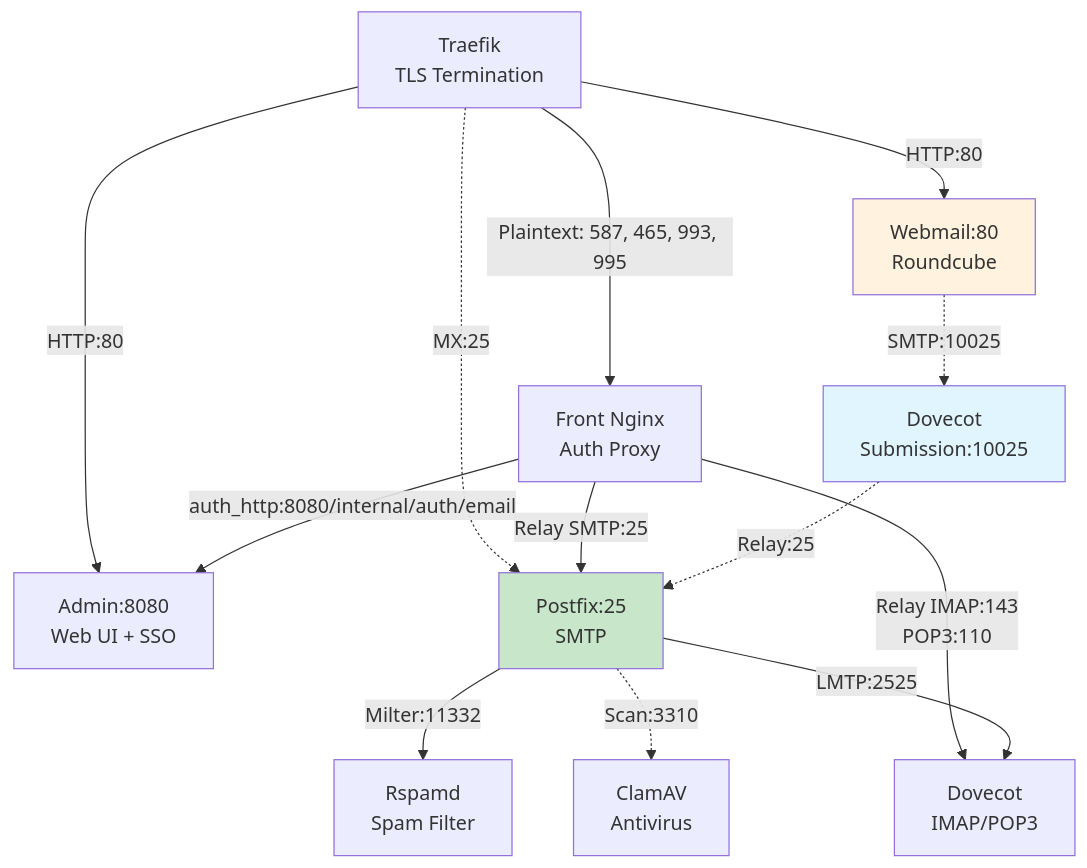
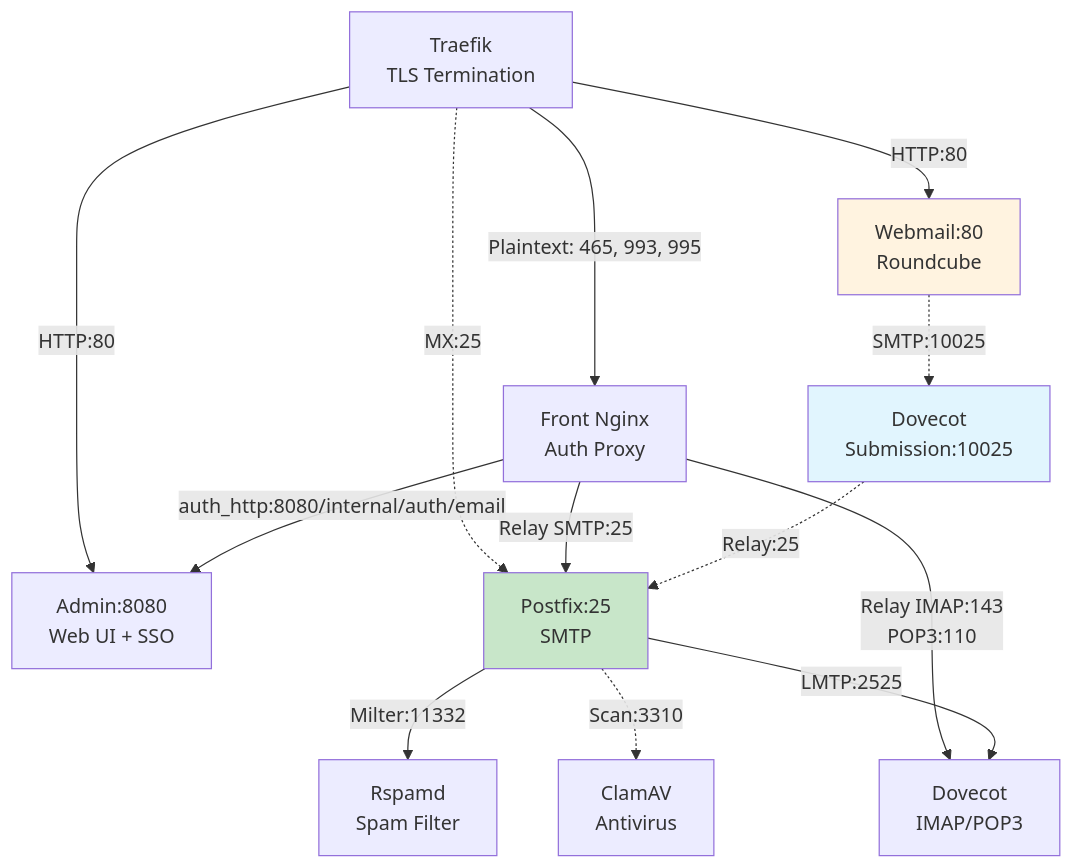
One commit to bluedynamics/cdk8s-mailu changed the diagram in documentation/sources/explanation/architecture.md. Above: the diagram before and after it, drawn with Mermaid. The commit also changed other lines of this file and 7 other files, not shown here.

````diff
--- a/documentation/sources/explanation/architecture.md
+++ b/documentation/sources/explanation/architecture.md
@@ -13,21 +13,21 @@
 ```mermaid
 graph TB
-    Ingress[Traefik<br/>TLS Termination] -->|Plaintext: 587, 465, 993, 995| FrontNginx[Front Nginx<br/>Auth Proxy]
+    Ingress[Traefik<br/>TLS Termination] -->|Plaintext: 465, 993, 995| FrontNginx[Front Nginx<br/>Auth Proxy]
     Ingress -->|HTTP:80| Admin[Admin:8080<br/>Web UI + SSO]
     Ingress -->|HTTP:80| Webmail[Webmail:80<br/>Roundcube]
     Ingress -.MX:25.-> Postfix[Postfix:25<br/>SMTP]
     FrontNginx -->|auth_http:8080/internal/auth/email| Admin
     FrontNginx -->|Relay SMTP:25| Postfix
     FrontNginx -->|Relay IMAP:143<br/>POP3:110| Dovecot[Dovecot<br/>IMAP/POP3]
 
     Webmail -.SMTP:10025.-> DovecotSub[Dovecot<br/>Submission:10025]
     DovecotSub -.Relay:25.-> Postfix
 
     Postfix -->|Milter:11332| Rspamd[Rspamd<br/>Spam Filter]
     Postfix -.Scan:3310.-> ClamAV[ClamAV<br/>Antivirus]
     Postfix -->|LMTP:2525| Dovecot
 
     style DovecotSub fill:#e1f5fe
     style Webmail fill:#fff3e0
     style Postfix fill:#c8e6c9
 ```
````
